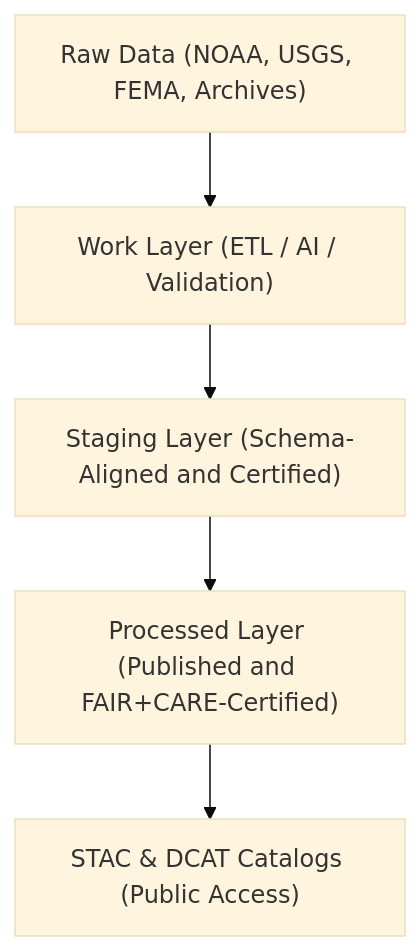
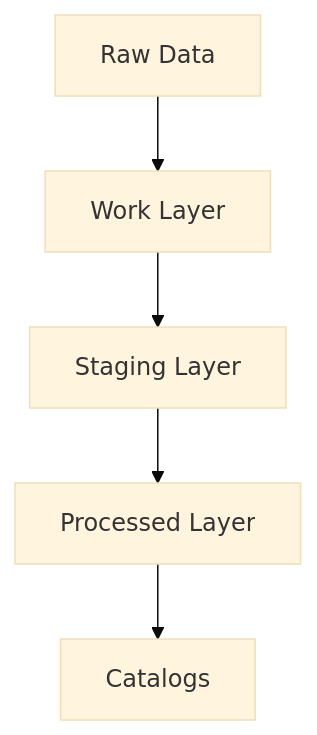
The diagram in data/README.md (bartytime4life/Kansas-Frontier-Matrix), drawn with Mermaid (base theme) before and after one commit. The commit also changed other lines of this file, not shown here.

````diff
--- a/data/README.md
+++ b/data/README.md
@@ -50,7 +51,7 @@
 ```mermaid
 flowchart TD
-    A["Raw Data (NOAA, USGS, FEMA, Archives)"] --> B["Work Layer (ETL / AI / Validation)"]
-    B --> C["Staging Layer (Schema-Aligned and Certified)"]
-    C --> D["Processed Layer (Published and FAIR+CARE-Certified)"]
-    D --> E["STAC & DCAT Catalogs (Public Access)"]
+    A["Raw Data"] --> B["Work Layer"]
+    B --> C["Staging Layer"]
+    C --> D["Processed Layer"]
+    D --> E["Catalogs"]
 ```
````
